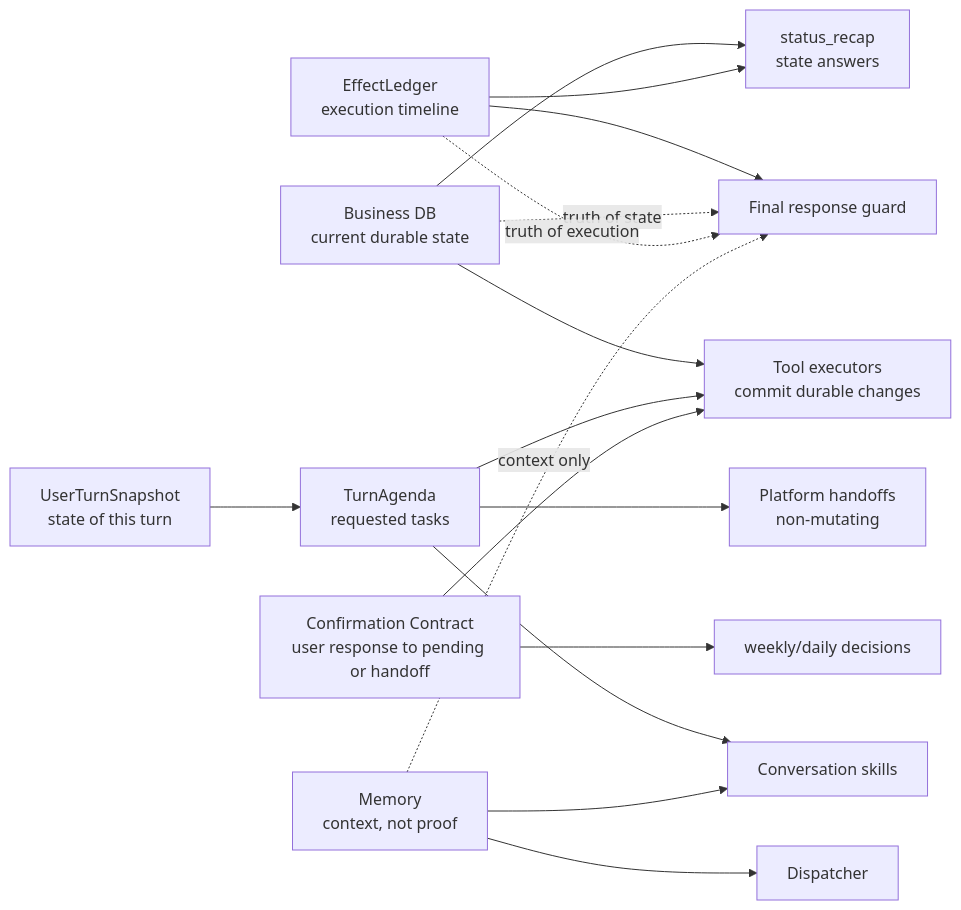
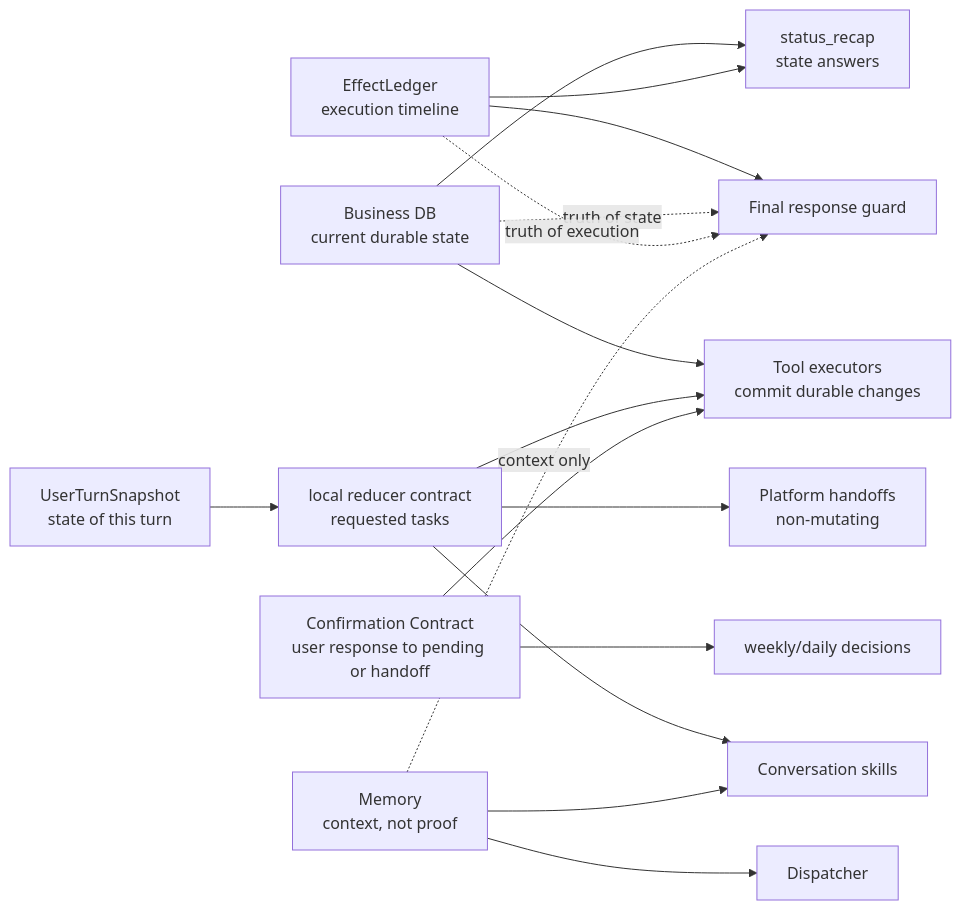
One commit to thomasgenty15-afk/Sophia changed the second of 8 diagrams in docs/agent-playbook/New/runtime-contracts/06-sophia-brain-runtime-diagram.md. Above: the diagram before and after it, drawn with Mermaid. The commit also changed other lines of this file and 603 other files, not shown here.

````diff
--- a/docs/agent-playbook/New/runtime-contracts/06-sophia-brain-runtime-diagram.md
+++ b/docs/agent-playbook/New/runtime-contracts/06-sophia-brain-runtime-diagram.md
@@ -48,23 +48,23 @@
 ```mermaid
 flowchart LR
   DB["Business DB\ncurrent durable state"] --> STATUS["status_recap\nstate answers"]
   DB --> TOOLS["Tool executors\ncommit durable changes"]
 
   LEDGER["EffectLedger\nexecution timeline"] --> FINAL["Final response guard"]
   LEDGER --> STATUS
 
-  SNAP["UserTurnSnapshot\nstate of this turn"] --> AGENDA["TurnAgenda\nrequested tasks"]
+  SNAP["UserTurnSnapshot\nstate of this turn"] --> AGENDA["local reducer contract\nrequested tasks"]
   AGENDA --> TOOLS
   AGENDA --> HANDOFFS["Platform handoffs\nnon-mutating"]
   AGENDA --> CONV["Conversation skills"]
 
   CONF["Confirmation Contract\nuser response to pending or handoff"] --> TOOLS
   CONF --> WEEKLY["weekly/daily decisions"]
 
   MEMORY["Memory\ncontext, not proof"] --> DISP["Dispatcher"]
   MEMORY --> CONV
 
   DB -. "truth of state" .-> FINAL
   LEDGER -. "truth of execution" .-> FINAL
   MEMORY -. "context only" .-> FINAL
 ```
````
